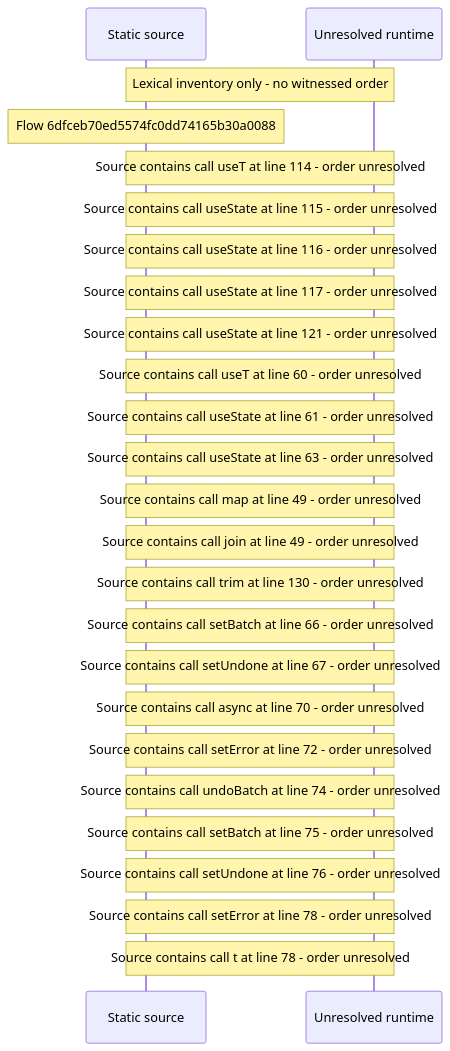
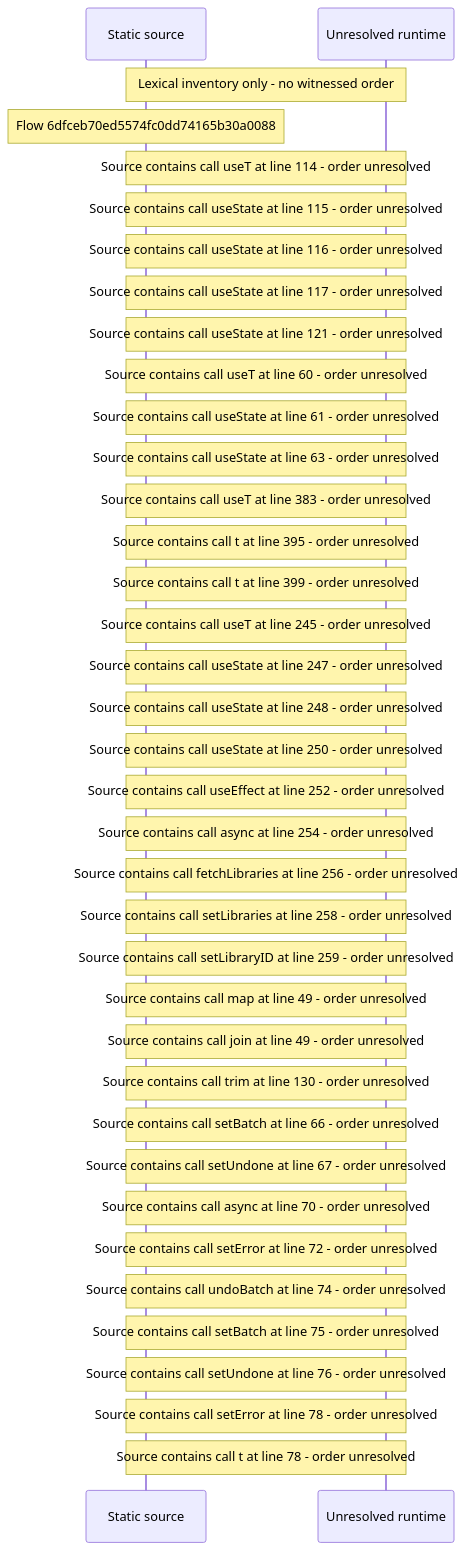
The diagram in docs/web/flows/generated/6dfceb70ed5574fc0dd74165b30a0088/flow-diagram.md (beamfall/core), drawn with Mermaid before and after one commit. The commit also changed other lines of this file and 699 other files, not shown here.

Commit message:
Regenerate the web flow record with flow generator version 5

````diff
--- a/docs/web/flows/generated/6dfceb70ed5574fc0dd74165b30a0088/flow-diagram.md
+++ b/docs/web/flows/generated/6dfceb70ed5574fc0dd74165b30a0088/flow-diagram.md
@@ -10,27 +10,39 @@
 ```mermaid
 sequenceDiagram
     participant S as Static source
     participant U as Unresolved runtime
     Note over S,U: Lexical inventory only - no witnessed order
     Note over S: Flow 6dfceb70ed5574fc0dd74165b30a0088
     Note over S,U: Source contains call useT at line 114 - order unresolved
     Note over S,U: Source contains call useState at line 115 - order unresolved
     Note over S,U: Source contains call useState at line 116 - order unresolved
     Note over S,U: Source contains call useState at line 117 - order unresolved
     Note over S,U: Source contains call useState at line 121 - order unresolved
     Note over S,U: Source contains call useT at line 60 - order unresolved
     Note over S,U: Source contains call useState at line 61 - order unresolved
     Note over S,U: Source contains call useState at line 63 - order unresolved
+    Note over S,U: Source contains call useT at line 383 - order unresolved
+    Note over S,U: Source contains call t at line 395 - order unresolved
+    Note over S,U: Source contains call t at line 399 - order unresolved
+    Note over S,U: Source contains call useT at line 245 - order unresolved
+    Note over S,U: Source contains call useState at line 247 - order unresolved
+    Note over S,U: Source contains call useState at line 248 - order unresolved
+    Note over S,U: Source contains call useState at line 250 - order unresolved
+    Note over S,U: Source contains call useEffect at line 252 - order unresolved
+    Note over S,U: Source contains call async at line 254 - order unresolved
+    Note over S,U: Source contains call fetchLibraries at line 256 - order unresolved
+    Note over S,U: Source contains call setLibraries at line 258 - order unresolved
+    Note over S,U: Source contains call setLibraryID at line 259 - order unresolved
     Note over S,U: Source contains call map at line 49 - order unresolved
     Note over S,U: Source contains call join at line 49 - order unresolved
     Note over S,U: Source contains call trim at line 130 - order unresolved
     Note over S,U: Source contains call setBatch at line 66 - order unresolved
     Note over S,U: Source contains call setUndone at line 67 - order unresolved
     Note over S,U: Source contains call async at line 70 - order unresolved
     Note over S,U: Source contains call setError at line 72 - order unresolved
     Note over S,U: Source contains call undoBatch at line 74 - order unresolved
     Note over S,U: Source contains call setBatch at line 75 - order unresolved
     Note over S,U: Source contains call setUndone at line 76 - order unresolved
     Note over S,U: Source contains call setError at line 78 - order unresolved
     Note over S,U: Source contains call t at line 78 - order unresolved
 ```
````
